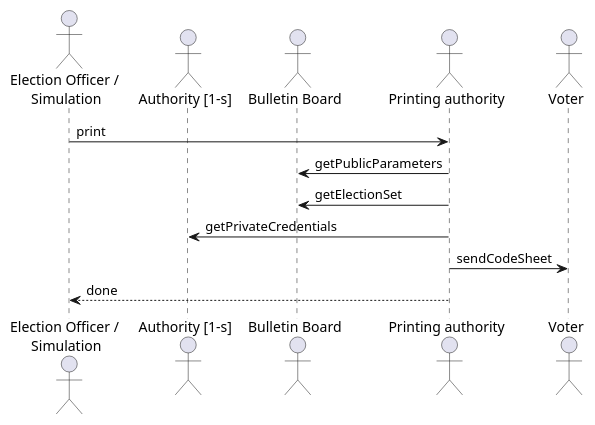
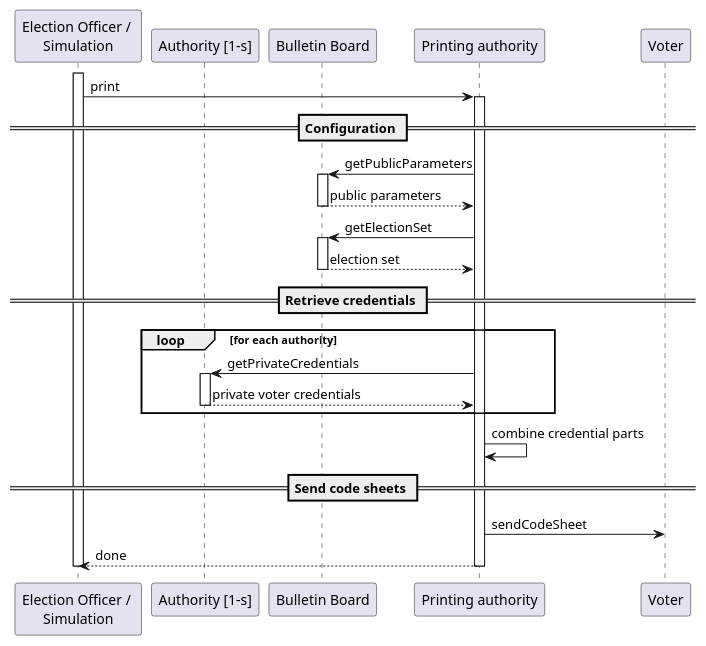
One commit to republique-et-canton-de-geneve/chvote-protocol-poc changed the diagram in doc/sequence/CodeSheets.puml. Above: the diagram before and after it, drawn with PlantUML. The commit also changed 11 other files, not shown here.

Commit message:
Improve sequence diagrams

```diff
--- a/doc/sequence/CodeSheets.puml
+++ b/doc/sequence/CodeSheets.puml
@@ -1,14 +1,35 @@
 @startuml
-actor "Election Officer / \nSimulation" as eo
-actor "Authority [1-s]" as auth
-actor "Bulletin Board" as bb
-actor "Printing authority" as print
-actor "Voter" as voter
+participant "Election Officer / \nSimulation" as eo
+participant "Authority [1-s]" as auth
+participant "Bulletin Board" as bb
+participant "Printing authority" as print
+participant "Voter" as voter
+activate eo
+eo -> print : print
+activate print
+== Configuration ==
+print -> bb : getPublicParameters
+activate bb
+bb --> print : public parameters
+deactivate bb
+print -> bb : getElectionSet
+activate bb
+bb --> print : election set
 
-eo -> print : print
-print -> bb : getPublicParameters
-print -> bb : getElectionSet
-print -> auth : getPrivateCredentials
+== Retrieve credentials ==
+loop for each authority
+    deactivate bb
+    print -> auth : getPrivateCredentials
+    activate auth
+    auth --> print : private voter credentials
+    deactivate auth
+end
+
+print -> print : combine credential parts
+
+== Send code sheets ==
 print -> voter : sendCodeSheet
 print --> eo : done
+deactivate print
+deactivate eo
 @enduml
```
